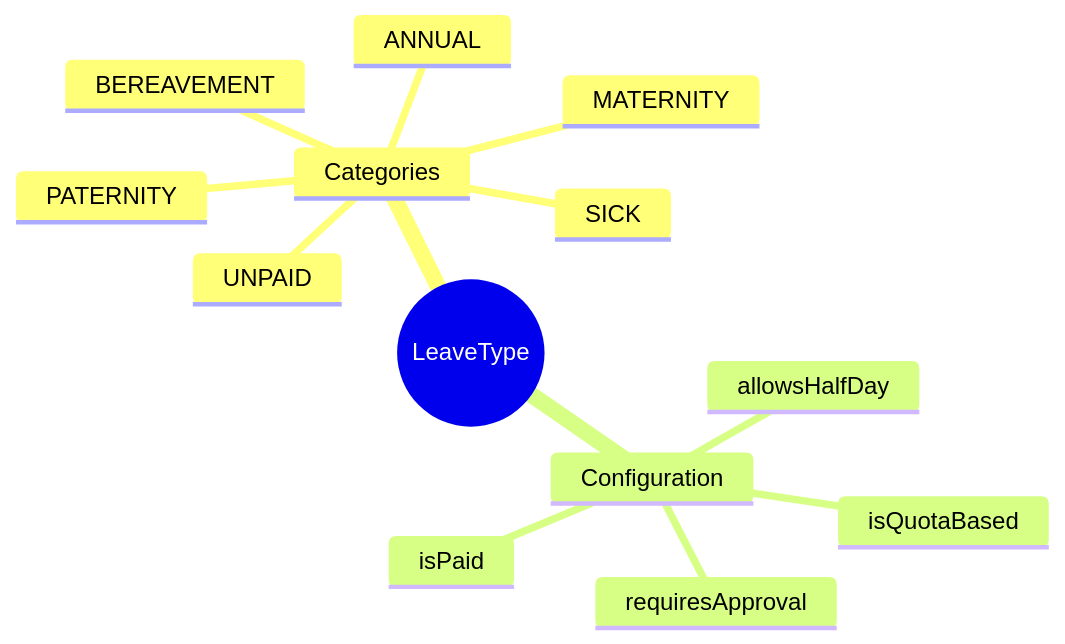
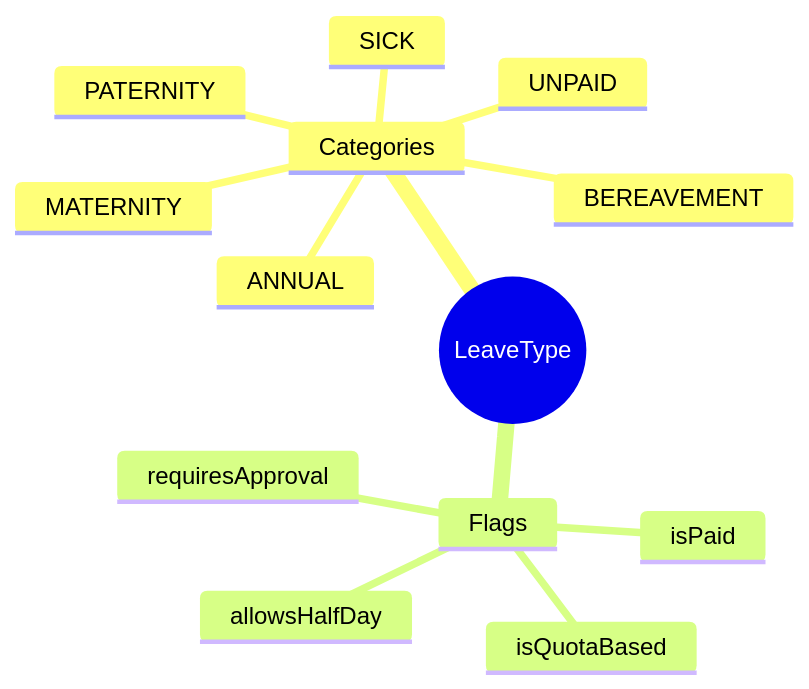
The first of 3 diagrams in docs/01-modules/TA/00-ontology/domain/leave-definition/leave-type.onto.md (a4b-corporation/xTalent), drawn with Mermaid before and after one commit. The commit also changed other lines of this file and 12 other files, not shown here.

````diff
--- a/docs/01-modules/TA/00-ontology/domain/leave-definition/leave-type.onto.md
+++ b/docs/01-modules/TA/00-ontology/domain/leave-definition/leave-type.onto.md
@@ -125,16 +135,16 @@
 ```mermaid
 mindmap
   root((LeaveType))
     Categories
       ANNUAL
       SICK
       MATERNITY
       PATERNITY
       BEREAVEMENT
       UNPAID
-    Configuration
+    Flags
       isPaid
       isQuotaBased
       requiresApproval
       allowsHalfDay
 ```
````
